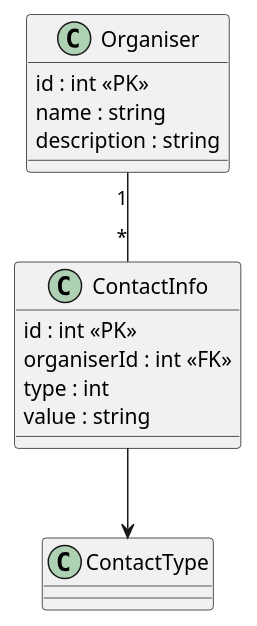
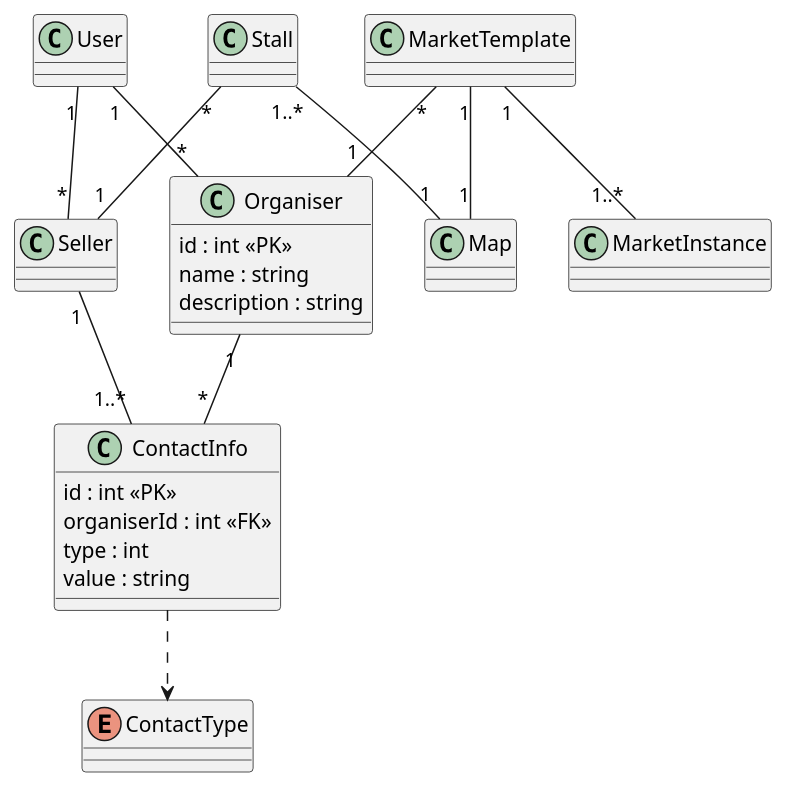
The diagram in docs/er-diagram.plantuml (JeppeTrip/LoppePortalen), drawn with PlantUML before and after one commit.

Commit message:
updated ER diagram (it is bad for now)

```diff
--- a/docs/er-diagram.plantuml
+++ b/docs/er-diagram.plantuml
@@ -1,20 +1,53 @@
 @startuml
 class Organiser {
     id : int <<PK>>
     name : string
     description : string 
 }
 
 class ContactInfo {
     id : int <<PK>>
     organiserId : int <<FK>>
     type : int
     value : string
 }
 
+Enum ContactType {
 
+}
+
+class MarketTemplate {
+
+}
+
+class MarketInstance {
+
+}
+
+class Map {
+
+}
+
+class Stall {
+
+}
+
+class User {
+
+}
+
+class Seller {
+
+}
 
 Organiser "1" -- "*" ContactInfo
-ContactInfo --> ContactType
-
+ContactInfo ..> ContactType
+MarketTemplate "1" -- "1..*" MarketInstance
+MarketTemplate "*" -- "1" Organiser
+MarketTemplate "1" -- "1" Map
+Stall "1..*" -- "1" Map
+User "1" -- "*" Organiser
+User "1" -- "*" Seller
+Stall "*" -- "1" Seller
+Seller "1" -- "1..*" ContactInfo
 @enduml
```
